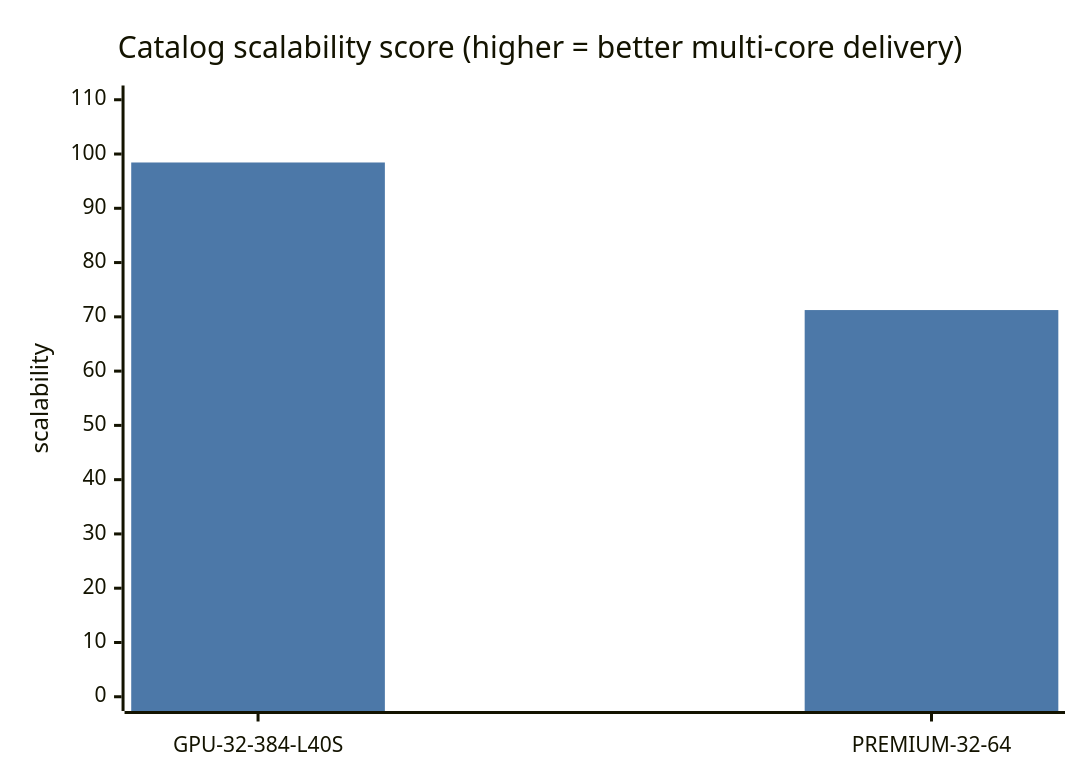
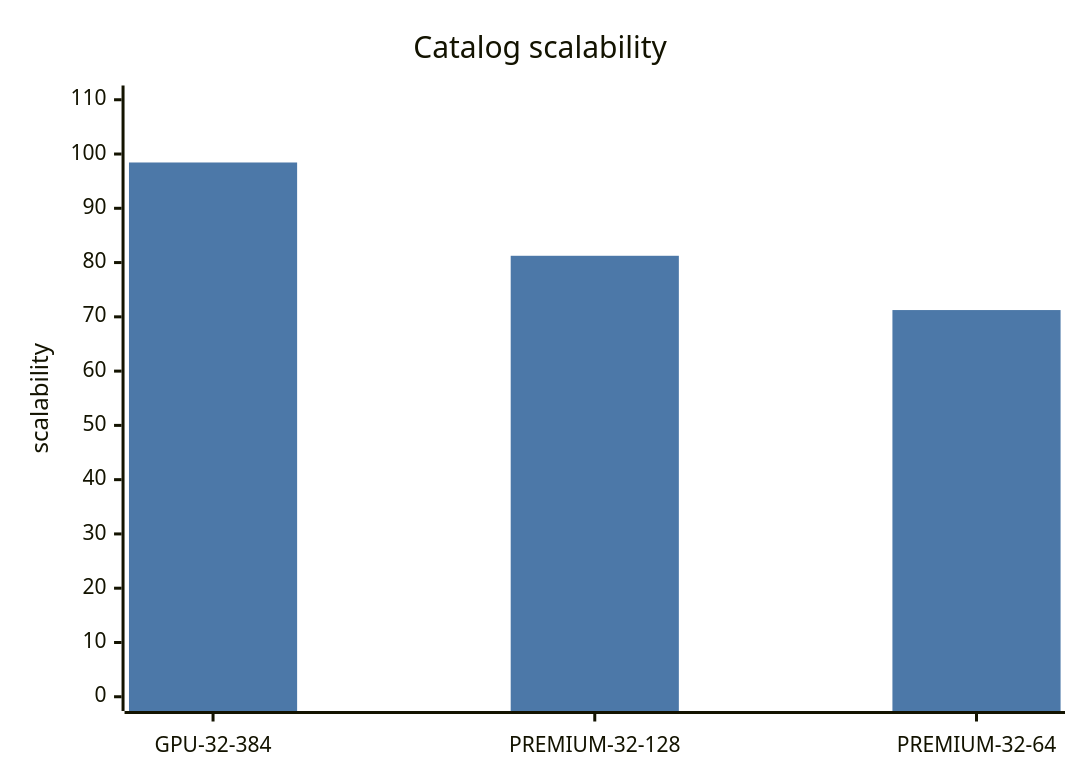
One commit to SpareCores/sc-db-benchmark-tmp changed the first of 5 diagrams in UPCLOUD_GPU_VS_PREMIUM_PGBENCH.md. Above: the diagram before and after it, drawn with Mermaid. The commit also changed other lines of this file, not shown here.

````diff
--- a/UPCLOUD_GPU_VS_PREMIUM_PGBENCH.md
+++ b/UPCLOUD_GPU_VS_PREMIUM_PGBENCH.md
@@ -37,13 +45,13 @@
 ```mermaid
 ---
 config:
   themeVariables:
     xyChart:
-      plotColorPalette: "#4c78a8, #c44e52"
+      plotColorPalette: "#4c78a8, #f28e2b, #c44e52"
 ---
 xychart-beta
-    title "Catalog scalability score (higher = better multi-core delivery)"
-    x-axis [GPU-32-384-L40S, PREMIUM-32-64]
+    title "Catalog scalability"
+    x-axis [GPU-32-384, PREMIUM-32-128, PREMIUM-32-64]
     y-axis "scalability" 0 --> 110
-    bar [98.44, 71.25]
+    bar [98.44, 81.25, 71.25]
 ```
````
